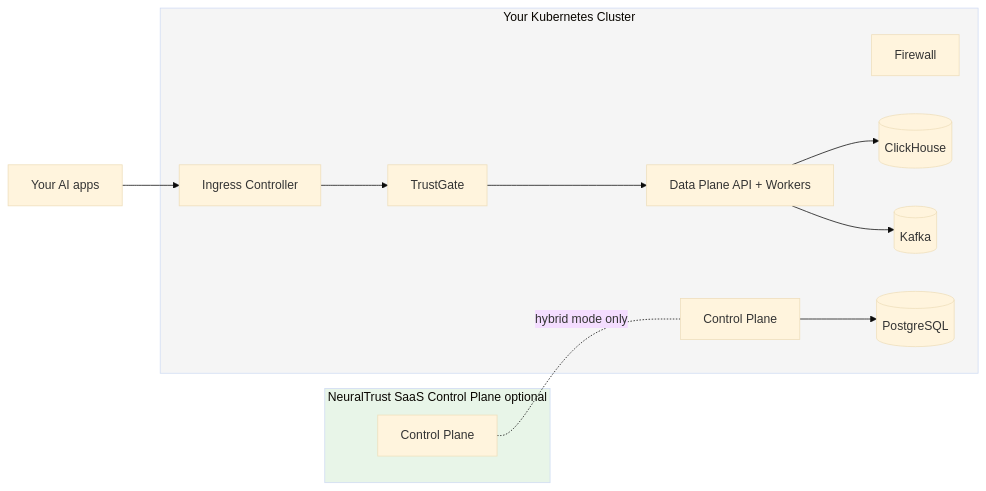
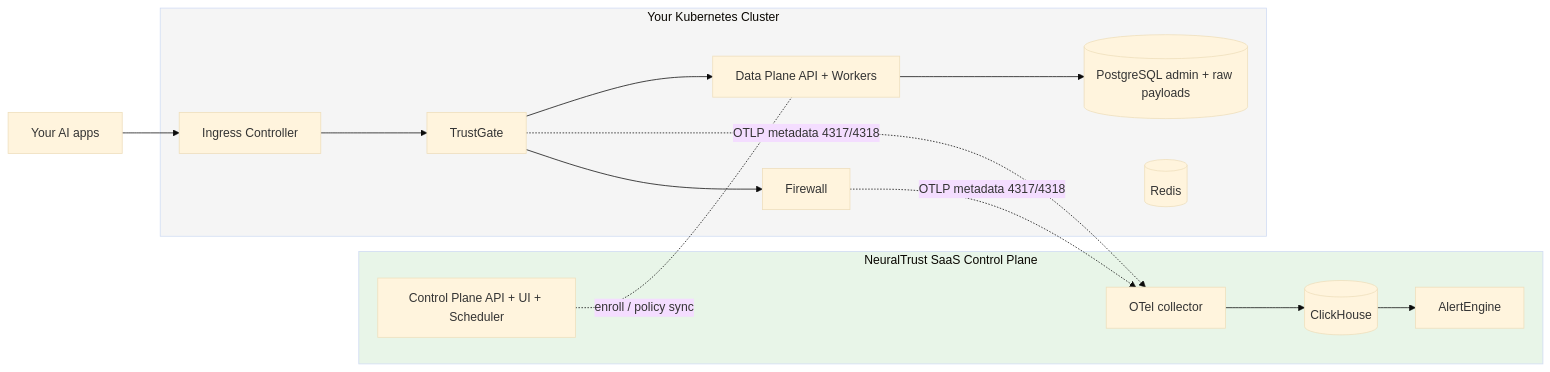
Before and after one commit to NeuralTrust/docs: the diagram in neuraltrust/deployment/kubernetes/overview.mdx, drawn with Mermaid (base theme). The commit also changed other lines of this file and 26 other files, not shown here.

````diff
--- a/neuraltrust/deployment/kubernetes/overview.mdx
+++ b/neuraltrust/deployment/kubernetes/overview.mdx
@@ -100,28 +97,31 @@
 ```mermaid
 flowchart LR
-    subgraph NT[NeuralTrust SaaS Control Plane optional]
-        Portal[Control Plane]
+    subgraph NT[NeuralTrust SaaS Control Plane]
+        Portal[Control Plane API + UI + Scheduler]
+        OTEL[OTel collector]
+        CH[(ClickHouse)]
+        AE[AlertEngine]
+        OTEL --> CH --> AE
     end
 
     subgraph K8S[Your Kubernetes Cluster]
         Ingress[Ingress Controller]
         TG[TrustGate]
-        CP[Control Plane]
         DP[Data Plane API + Workers]
         FW[Firewall]
-        CH[(ClickHouse)]
-        KAF[(Kafka)]
-        PG[(PostgreSQL)]
+        PG[(PostgreSQL admin + raw payloads)]
+        RD[(Redis)]
     end
 
     Apps[Your AI apps] --> Ingress --> TG
     TG --> DP
-    DP --> CH
-    DP --> KAF
-    CP --> PG
+    TG --> FW
+    DP --> PG
 
-    Portal -. hybrid mode only .- CP
+    TG -. OTLP metadata 4317/4318 .-> OTEL
+    FW -. OTLP metadata 4317/4318 .-> OTEL
+    Portal -. enroll / policy sync .- DP
 
     style K8S fill:#f5f5f5
     style NT fill:#e8f5e8
 ```
````
